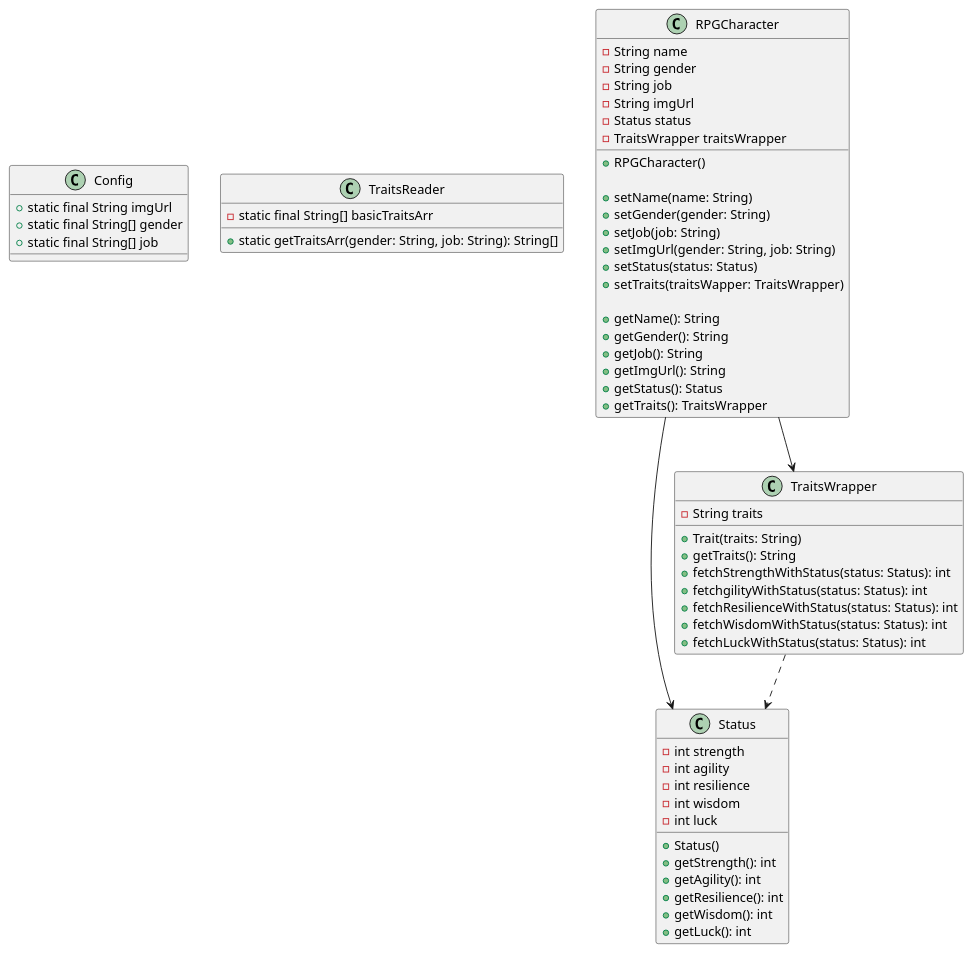
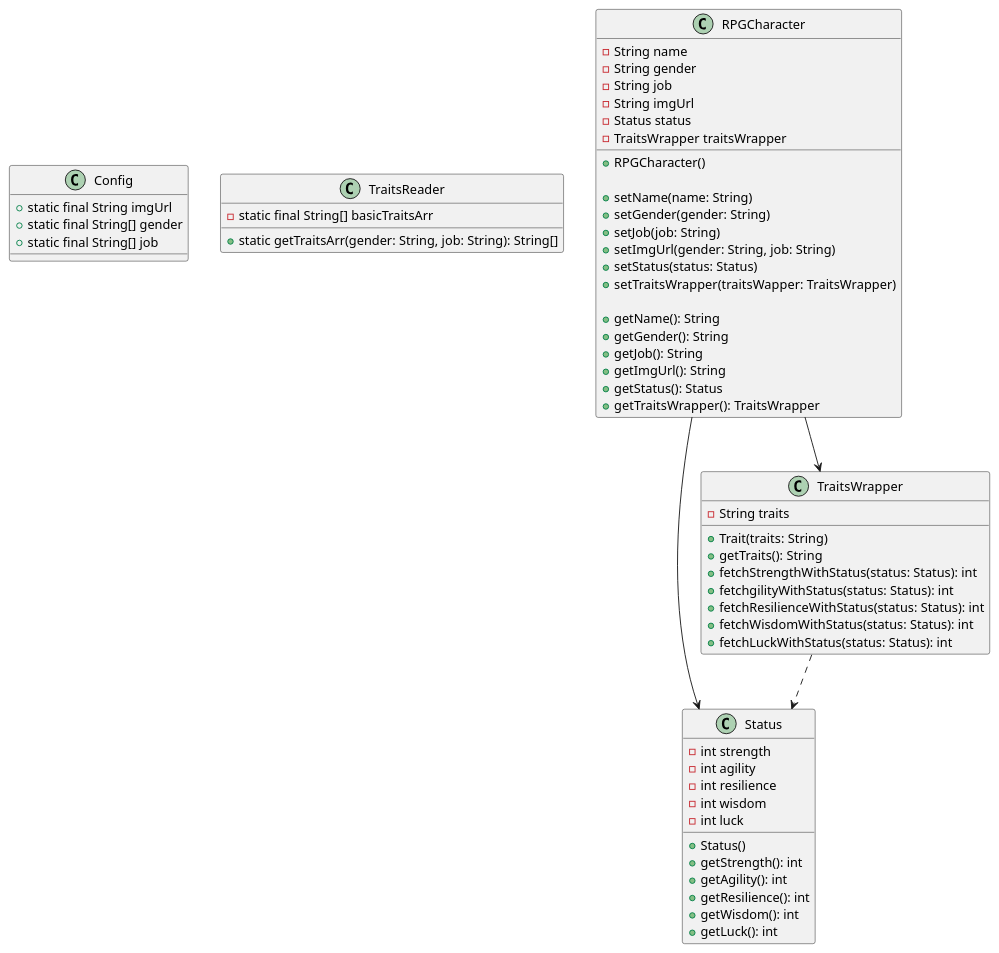
Before and after one commit to Tucker263/RPG_Character_Maker: the diagram in 設計.pu, drawn with PlantUML.

Commit message:
設計.puの更新

```diff
--- a/設計.pu
+++ b/設計.pu
@@ -1,77 +1,77 @@
 @startuml
 '------------Model部分の設計----------------
 
 class Config{
     + static final String imgUrl
     + static final String[] gender
     + static final String[] job
 }
 
 class TraitsReader{
     - static final String[] basicTraitsArr
 
     + static getTraitsArr(gender: String, job: String): String[]
 }
 
 'コンストラクタは引数なしで初期の状態を設定
 class Status{
     - int strength
     - int agility
     - int resilience
     - int wisdom
     - int luck
 
     + Status()
     + getStrength(): int
     + getAgility(): int
     + getResilience(): int
     + getWisdom(): int
     + getLuck(): int
 }
 
 class TraitsWrapper{
     - String traits
 
     + Trait(traits: String)
     + getTraits(): String
     + fetchStrengthWithStatus(status: Status): int
     + fetchgilityWithStatus(status: Status): int
     + fetchResilienceWithStatus(status: Status): int
     + fetchWisdomWithStatus(status: Status): int
     + fetchLuckWithStatus(status: Status): int
 }
 
 'コンストラクタは引数なしで初期の状態を設定
 class RPGCharacter{
     - String name
     - String gender
     - String job
     - String imgUrl
     - Status status
     - TraitsWrapper traitsWrapper
 
     + RPGCharacter()
 
     + setName(name: String)
     + setGender(gender: String)
     + setJob(job: String)
     + setImgUrl(gender: String, job: String)
     + setStatus(status: Status)
-    + setTraits(traitsWapper: TraitsWrapper)
+    + setTraitsWrapper(traitsWapper: TraitsWrapper)
 
     + getName(): String
     + getGender(): String
     + getJob(): String
     + getImgUrl(): String
     + getStatus(): Status
-    + getTraits(): TraitsWrapper
+    + getTraitsWrapper(): TraitsWrapper
 }
 
 '依存関係
 TraitsWrapper ..> Status
 'コンポジション
 RPGCharacter --> TraitsWrapper
 RPGCharacter --> Status
 
 
 @enduml
```
